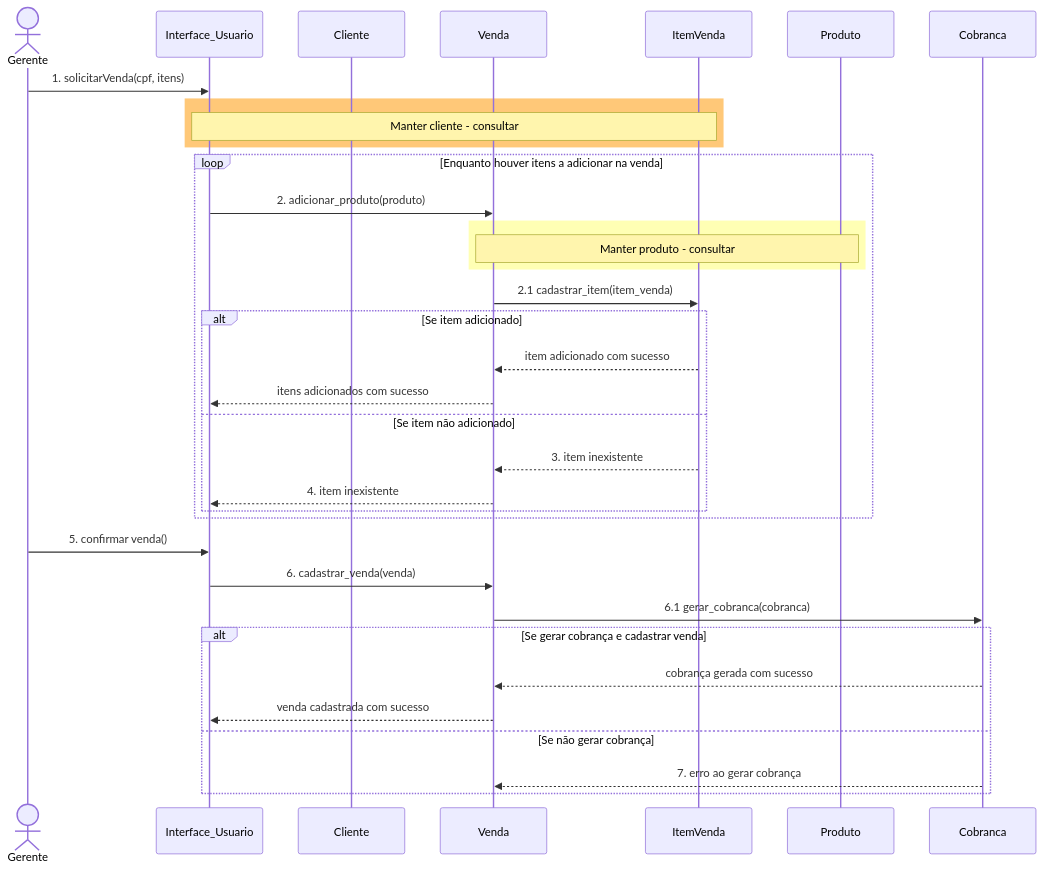
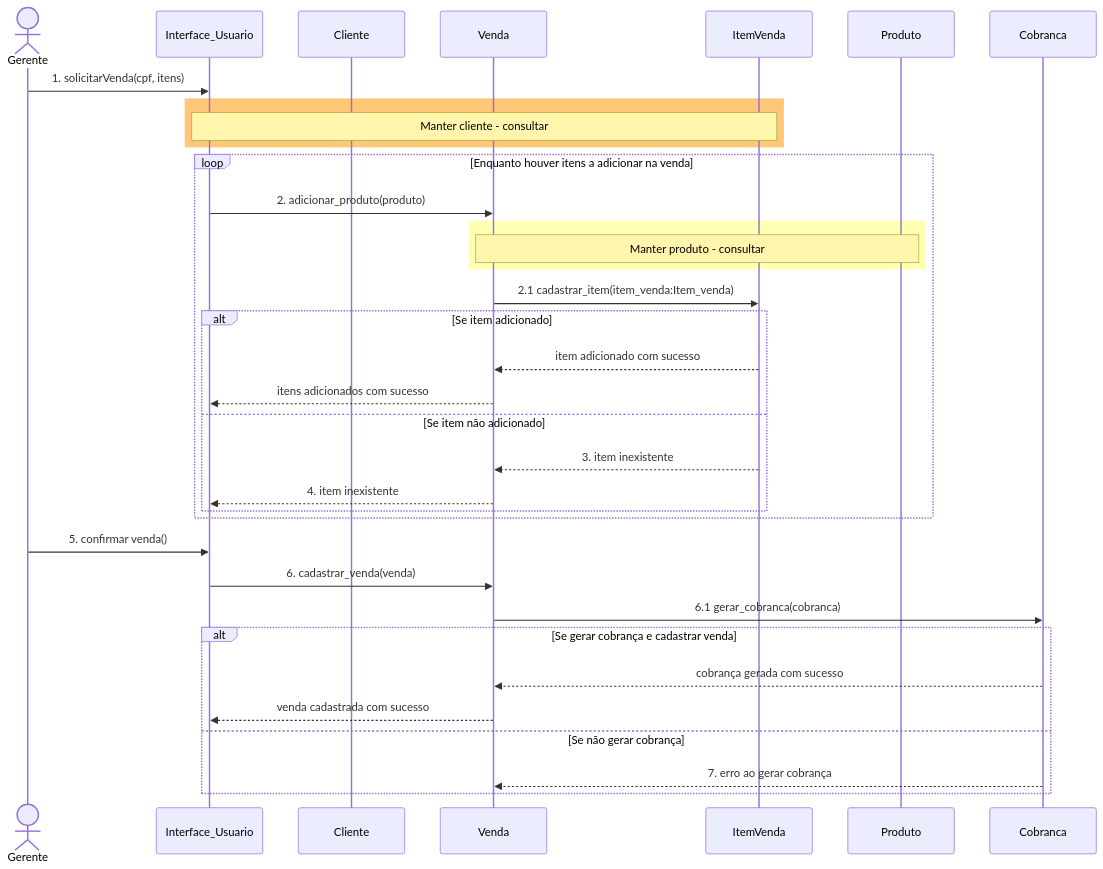
Before and after one commit to Projeito-Vendas-de-Cosmeticos/Comesticos-doc: the sixth of 6 diagrams in Documetos/Documento_Visao.md, drawn with Mermaid.

````diff
--- a/Documetos/Documento_Visao.md
+++ b/Documetos/Documento_Visao.md
@@ -207,46 +207,46 @@
 ```mermaid
 sequenceDiagram
     actor Gerente
     participant IU as Interface_Usuario
     participant Cliente
     participant Venda
     participant ItemVenda
     participant Produto
     participant Cobranca
 
     Gerente ->> IU: 1. solicitarVenda(cpf, itens)
 
     rect rgb(255,200,120)
         note over IU,ItemVenda: Manter cliente - consultar
     end
 
     loop Enquanto houver itens a adicionar na venda
         IU ->> Venda: 2. adicionar_produto(produto)
 
         rect rgb(255,255,180)
             note over Venda,Produto: Manter produto - consultar
         end
 
-        Venda ->> ItemVenda: 2.1 cadastrar_item(item_venda)
+        Venda ->> ItemVenda: 2.1 cadastrar_item(item_venda:Item_venda)
 
         alt Se item adicionado
             ItemVenda -->> Venda: item adicionado com sucesso
             Venda -->> IU: itens adicionados com sucesso
         else Se item não adicionado
             ItemVenda -->> Venda: 3. item inexistente
             Venda -->> IU: 4. item inexistente
         end
     end
 
     Gerente ->> IU: 5. confirmar venda()
     IU ->> Venda: 6. cadastrar_venda(venda)
 
     Venda ->> Cobranca: 6.1 gerar_cobranca(cobranca)
 
     alt Se gerar cobrança e cadastrar venda
         Cobranca -->> Venda: cobrança gerada com sucesso
         Venda -->> IU: venda cadastrada com sucesso
     else Se não gerar cobrança
         Cobranca -->> Venda: 7. erro ao gerar cobrança
     end
 ```
````
